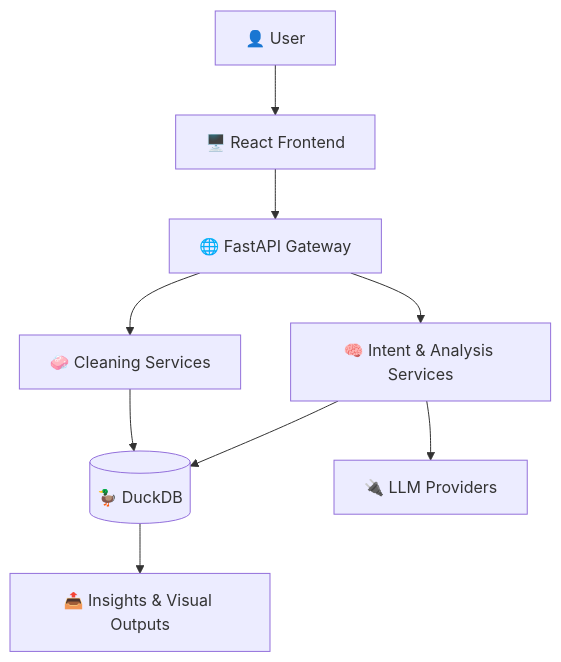
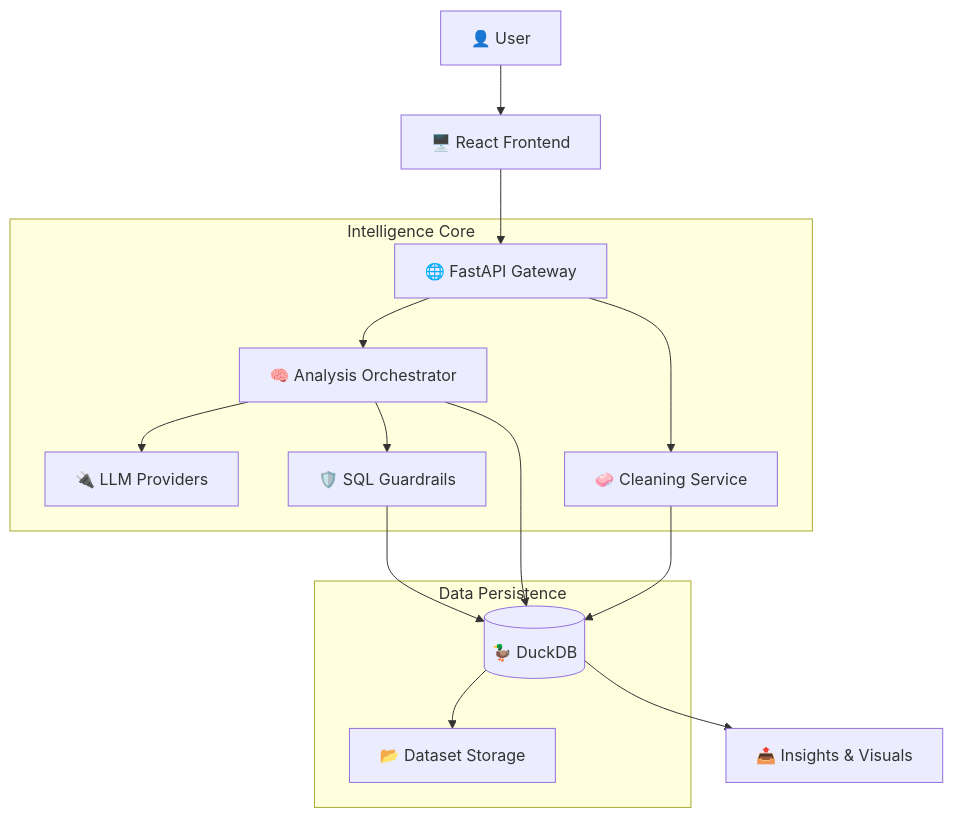
The diagram in README.md (JAMIEL-J/Vizzy-Pilot), drawn with Mermaid before and after one commit. The commit also changed other lines of this file, not shown here.

Commit message:
Revise README for clarity and structure; update feature descriptions and enhance visual elements

````diff
--- a/README.md
+++ b/README.md
@@ -47,11 +49,21 @@
 ```mermaid
 flowchart TD
-    U[👤 User] --> F[🖥️ React Frontend]
-    F --> A[🌐 FastAPI Gateway]
-    A --> I[🧠 Intent & Analysis Services]
-    A --> C[🧼 Cleaning Services]
-    I --> D[(🦆 DuckDB)]
-    C --> D
-    I --> L[🔌 LLM Providers]
-    D --> O[📤 Insights & Visual Outputs]
+    User[👤 User] --> Frontend[🖥️ React Frontend]
+    Frontend --> Gateway[🌐 FastAPI Gateway]
+    
+    subgraph "Intelligence Core"
+        Gateway --> Orchestrator[🧠 Analysis Orchestrator]
+        Gateway --> Cleaner[🧼 Cleaning Service]
+        Orchestrator --> LLM[🔌 LLM Providers]
+        Orchestrator --> Guardrails[🛡️ SQL Guardrails]
+    end
+    
+    subgraph "Data Persistence"
+        Orchestrator --> DuckDB[(🦆 DuckDB)]
+        Cleaner --> DuckDB
+        DuckDB --> Storage[📂 Dataset Storage]
+    end
+    
+    Guardrails --> DuckDB
+    DuckDB --> Output[📤 Insights & Visuals]
 ```
````
